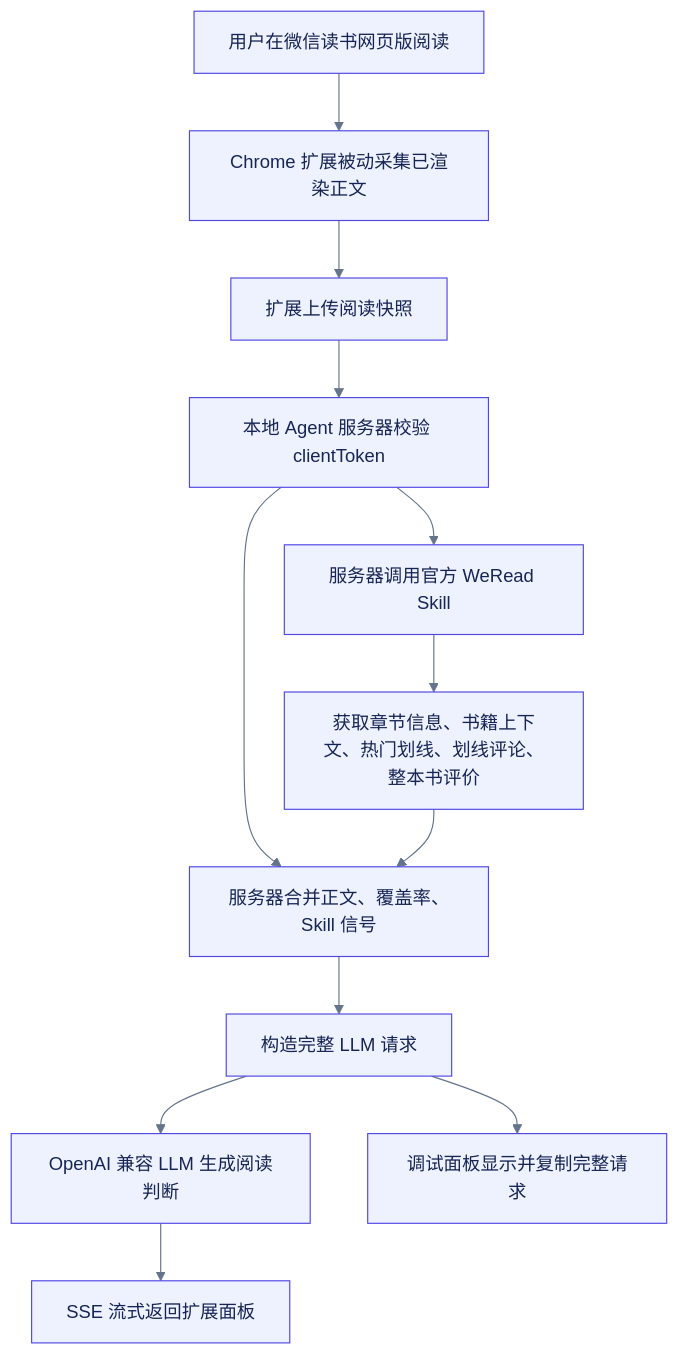
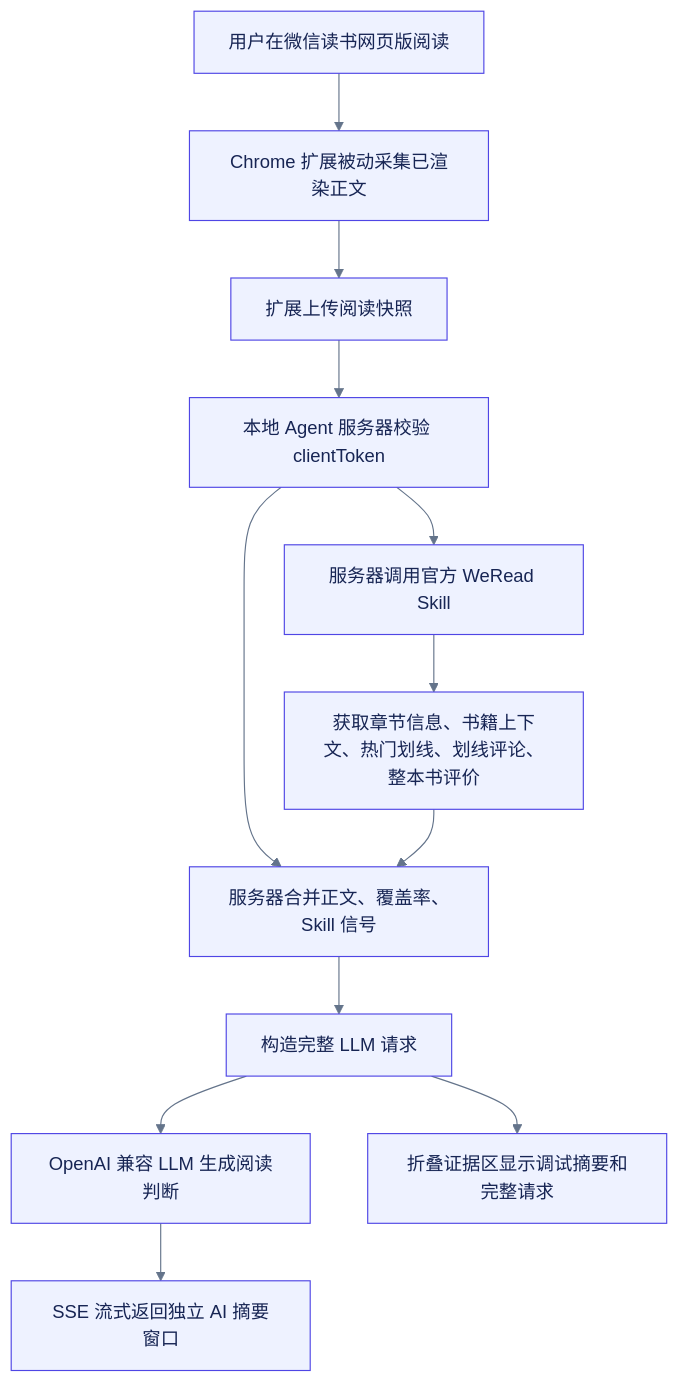
The diagram in README.md (unix2dos/weread-ai-reader), drawn with Mermaid before and after one commit. The commit also changed other lines of this file and 18 other files, not shown here.

First line of the commit message:
Keep reading decisions complete in the summary flow

````diff
--- a/README.md
+++ b/README.md
@@ -27,15 +23,15 @@
 ```mermaid
 %%{init: {'theme': 'base', 'themeVariables': { 'primaryColor': '#EEF2FF', 'primaryTextColor': '#172554', 'primaryBorderColor': '#4F46E5', 'lineColor': '#64748B', 'secondaryColor': '#ECFDF5', 'tertiaryColor': '#FFF7ED'}}}%%
 flowchart TD
   A["用户在微信读书网页版阅读"] --> B["Chrome 扩展被动采集已渲染正文"]
   B --> C["扩展上传阅读快照"]
   C --> D["本地 Agent 服务器校验 clientToken"]
   D --> E["服务器调用官方 WeRead Skill"]
   E --> F["获取章节信息、书籍上下文、热门划线、划线评论、整本书评价"]
   D --> G["服务器合并正文、覆盖率、Skill 信号"]
   F --> G
   G --> H["构造完整 LLM 请求"]
   H --> I["OpenAI 兼容 LLM 生成阅读判断"]
-  I --> J["SSE 流式返回扩展面板"]
-  H --> K["调试面板显示并复制完整请求"]
+  I --> J["SSE 流式返回独立 AI 摘要窗口"]
+  H --> K["折叠证据区显示调试摘要和完整请求"]
 ```
````
